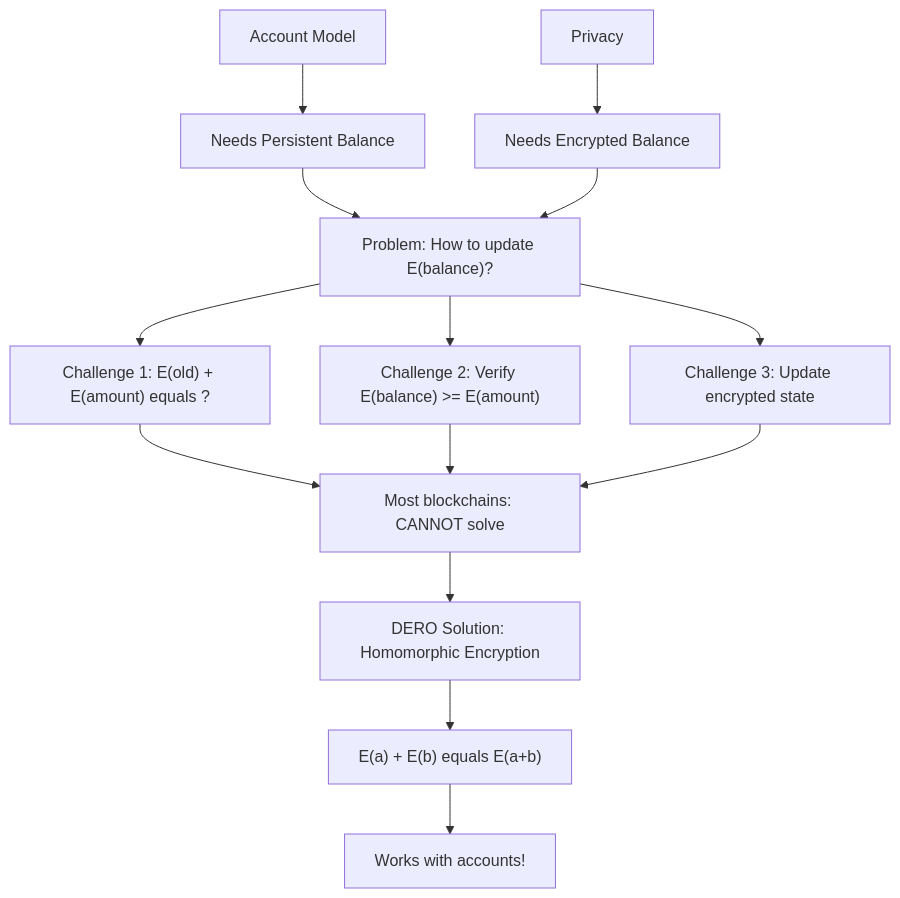
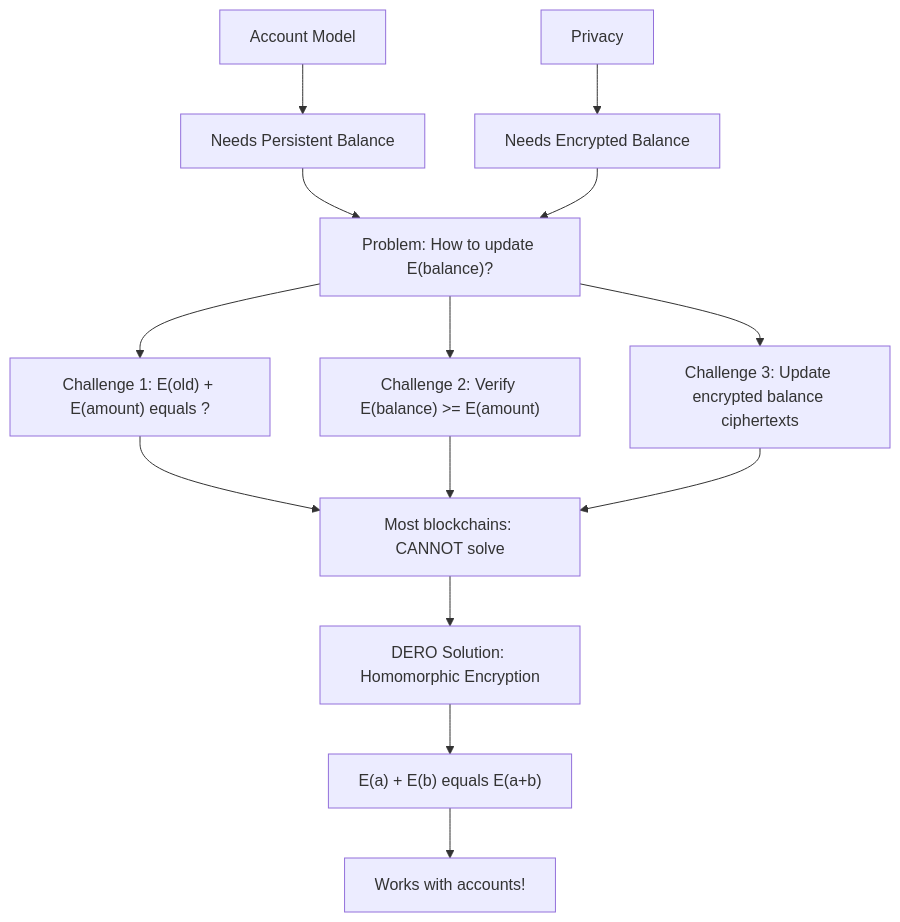
The first of 3 diagrams in derod-main/pages/privacy/account-based-privacy.mdx (DHEBP/dero-docs), drawn with Mermaid before and after one commit. The commit also changed other lines of this file and 18 other files, not shown here.

````diff
--- a/derod-main/pages/privacy/account-based-privacy.mdx
+++ b/derod-main/pages/privacy/account-based-privacy.mdx
@@ -66,20 +66,20 @@
 ```mermaid
 graph TB
     A["Account Model"] --> B["Needs Persistent Balance"]
     C["Privacy"] --> D["Needs Encrypted Balance"]
     
     B --> E["Problem: How to update E(balance)?"]
     D --> E
     
     E --> F["Challenge 1: E(old) + E(amount) equals ?"]
     E --> G["Challenge 2: Verify E(balance) >= E(amount)"]
-    E --> H["Challenge 3: Update encrypted state"]
+    E --> H["Challenge 3: Update encrypted balance ciphertexts"]
     
     F --> I["Most blockchains: CANNOT solve"]
     G --> I
     H --> I
     
     I --> J["DERO Solution: Homomorphic Encryption"]
     J --> K["E(a) + E(b) equals E(a+b)"]
     K --> L["Works with accounts!"]
 ```
````
